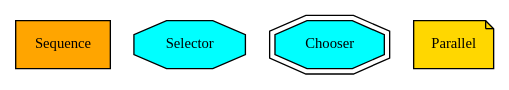
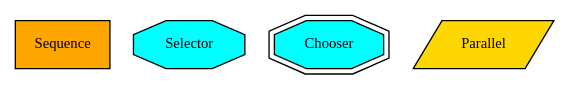
Before and after one commit to splintered-reality/py_trees: the diagram in doc/dot/composites.dot, drawn with Graphviz. The commit also changed 9 other files, not shown here.

```diff
--- a/doc/dot/composites.dot
+++ b/doc/dot/composites.dot
@@ -1,9 +1,9 @@
 digraph selector {
 graph [fontname="times-roman"];
 node [fontname="times-roman"];
 edge [fontname="times-roman"];
 Sequence [fontcolor=black, shape=box, fontsize=11, style=filled, fillcolor=orange];
 Selector [fontcolor=black, shape=octagon, fontsize=11, style=filled, fillcolor=cyan];
 Chooser [fontcolor=black, shape=doubleoctagon, fontsize=11, style=filled, fillcolor=cyan];
-Parallel [fontcolor=black, shape=note, fontsize=11, style=filled, fillcolor=gold];
+Parallel [fontcolor=black, shape=parallelogram, fontsize=11, style=filled, fillcolor=gold];
 }
```
